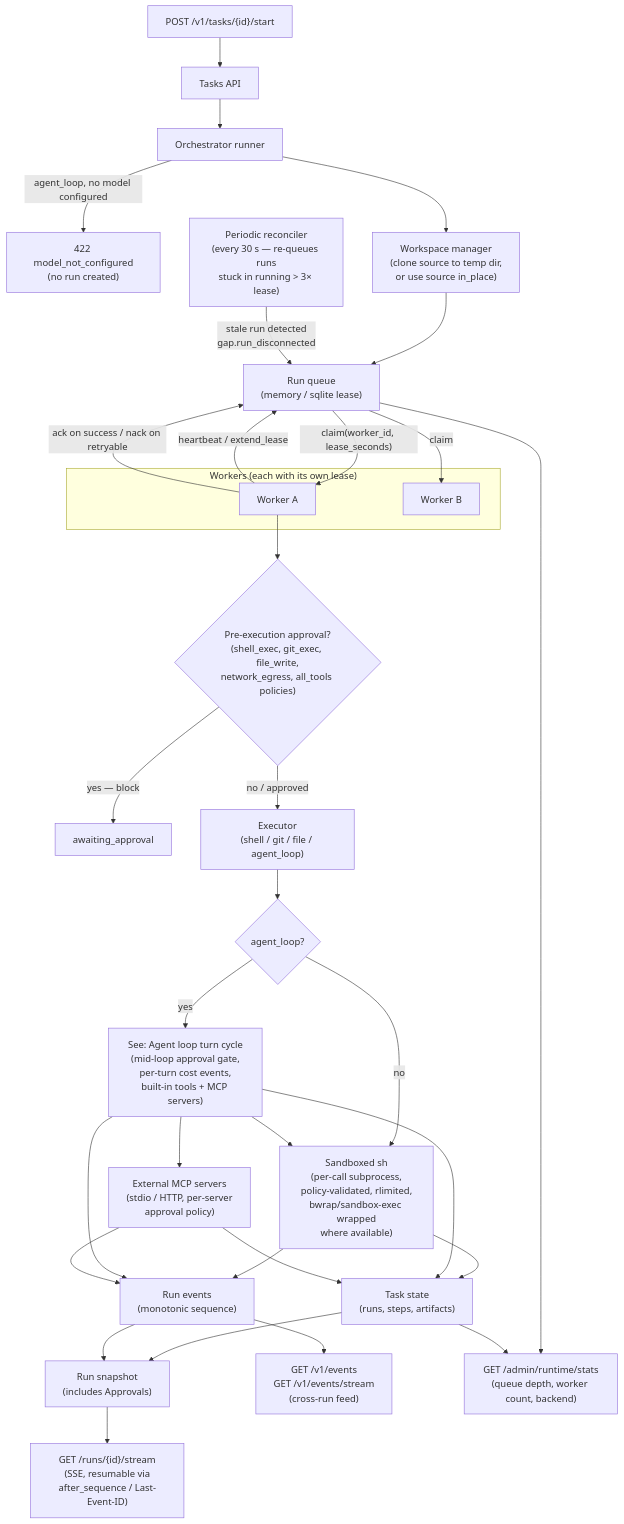
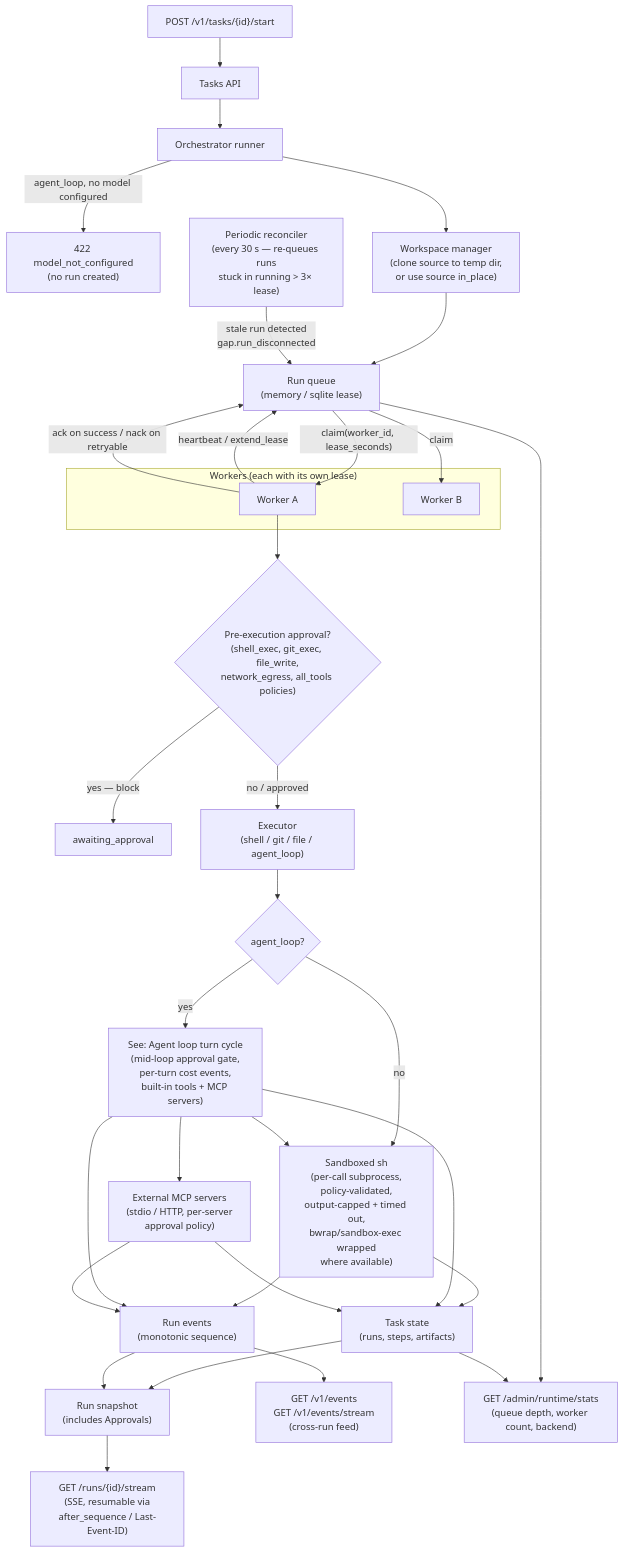
One commit to hecatehq/hecate changed the second of 3 diagrams in docs/architecture.md. Above: the diagram before and after it, drawn with Mermaid. The commit also changed other lines of this file and 9 other files, not shown here.

````diff
--- a/docs/architecture.md
+++ b/docs/architecture.md
@@ -53,47 +53,47 @@
 ```mermaid
 flowchart TD
     Caller["POST /v1/tasks/{id}/start"] --> TasksApi["Tasks API"]
     TasksApi --> Runner["Orchestrator runner"]
     Runner -->|"agent_loop, no model configured"| ErrModel["422 model_not_configured<br/>(no run created)"]
     Runner --> Workspace["Workspace manager<br/>(clone source to temp dir,<br/>or use source in_place)"]
     Workspace --> Queue["Run queue<br/>(memory / sqlite lease)"]
 
     Reconciler["Periodic reconciler<br/>(every 30 s — re-queues runs<br/>stuck in running > 3× lease)"]
     Reconciler -->|"stale run detected<br/>gap.run_disconnected"| Queue
 
     subgraph Workers["Workers (each with its own lease)"]
         WorkerA["Worker A"]
         WorkerB["Worker B"]
     end
 
     Queue -->|"claim(worker_id, lease_seconds)"| WorkerA
     Queue -->|"claim"| WorkerB
     WorkerA -->|"heartbeat / extend_lease"| Queue
     WorkerA -->|"ack on success / nack on retryable"| Queue
 
     WorkerA --> PreApproval{"Pre-execution approval?<br/>(shell_exec, git_exec, file_write,<br/>network_egress, all_tools policies)"}
     PreApproval -->|"yes — block"| Pending["awaiting_approval"]
     PreApproval -->|"no / approved"| Executor
 
     Executor["Executor<br/>(shell / git / file / agent_loop)"]
     Executor --> AgentLoop{"agent_loop?"}
     AgentLoop -->|"yes"| LoopRef["See: Agent loop turn cycle<br/>(mid-loop approval gate,<br/>per-turn cost events,<br/>built-in tools + MCP servers)"]
-    AgentLoop -->|"no"| Sandbox["Sandboxed sh<br/>(per-call subprocess,<br/>policy-validated, rlimited,<br/>bwrap/sandbox-exec wrapped<br/>where available)"]
+    AgentLoop -->|"no"| Sandbox["Sandboxed sh<br/>(per-call subprocess,<br/>policy-validated,<br/>output-capped + timed out,<br/>bwrap/sandbox-exec wrapped<br/>where available)"]
     LoopRef --> Sandbox
     LoopRef --> McpServers["External MCP servers<br/>(stdio / HTTP, per-server<br/>approval policy)"]
 
     Sandbox --> State["Task state<br/>(runs, steps, artifacts)"]
     LoopRef --> State
     McpServers --> State
     Sandbox --> RunEvents["Run events<br/>(monotonic sequence)"]
     LoopRef --> RunEvents
     McpServers --> RunEvents
 
     State --> Snapshot["Run snapshot<br/>(includes Approvals)"]
     RunEvents --> Snapshot
     Snapshot --> Stream["GET /runs/{id}/stream<br/>(SSE, resumable via<br/>after_sequence / Last-Event-ID)"]
     RunEvents --> PublicEvents["GET /v1/events<br/>GET /v1/events/stream<br/>(cross-run feed)"]
 
     Queue --> Stats["GET /admin/runtime/stats<br/>(queue depth, worker count, backend)"]
     State --> Stats
 ```
````
